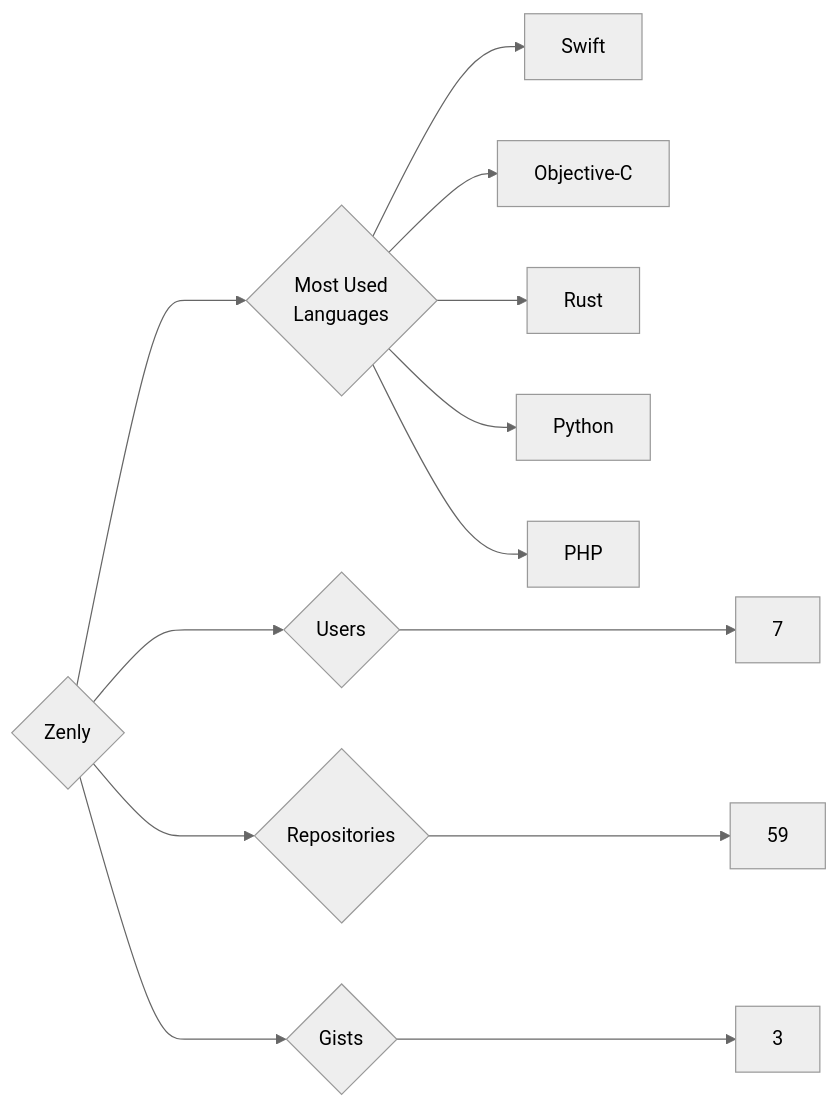
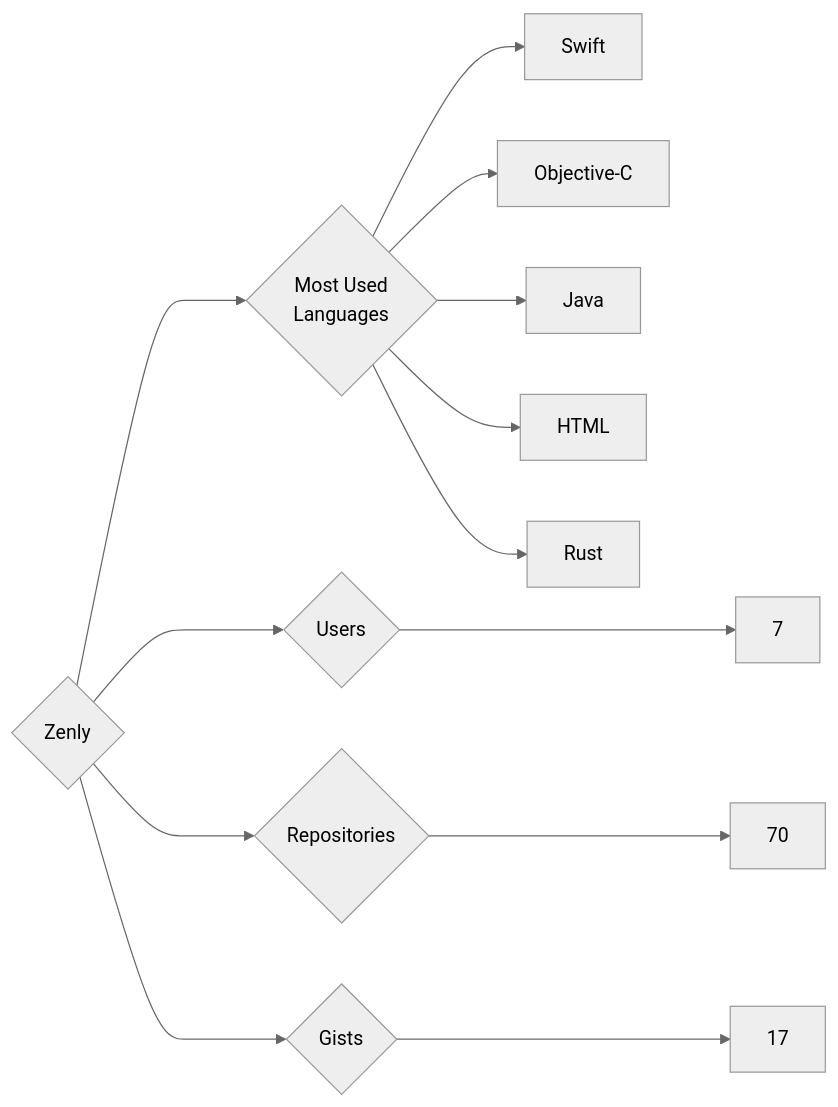
One commit to trickest/insiders changed the diagram in targets/Zenly/README.md. Above: the diagram before and after it, drawn with Mermaid (neutral theme). The commit also changed 1484 other files, not shown here.

````diff
--- a/targets/Zenly/README.md
+++ b/targets/Zenly/README.md
@@ -3,13 +3,13 @@
 ```mermaid
 graph LR
 COMPANY_NAME{Zenly}
 COMPANY_NAME ---> U{Users} ---> UN[7]
-COMPANY_NAME ---> R{Repositories} ---> RN[59]
-COMPANY_NAME ---> G{Gists} ---> GN[3]
+COMPANY_NAME ---> R{Repositories} ---> RN[70]
+COMPANY_NAME ---> G{Gists} ---> GN[17]
 COMPANY_NAME ---> ML{Most Used<br>Languages}
 ML --> Swift[Swift]
 ML --> Objective-C[Objective-C]
+ML --> Java[Java]
+ML --> HTML[HTML]
 ML --> Rust[Rust]
-ML --> Python[Python]
-ML --> PHP[PHP]
 ```
````
